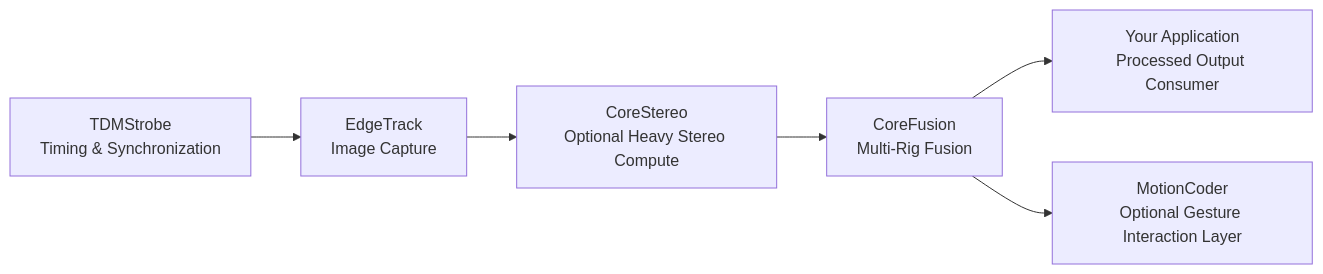
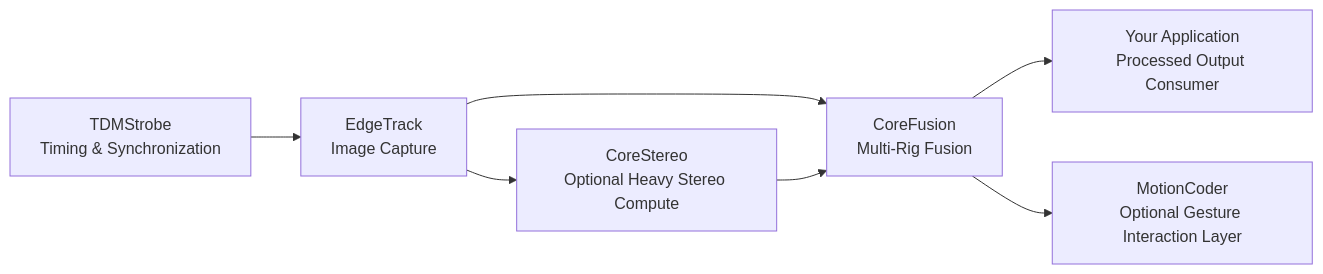
Before and after one commit to edgetrackorg/overview: the diagram in README.md, drawn with Mermaid.

````diff
--- a/README.md
+++ b/README.md
@@ -46,15 +46,16 @@
 ```mermaid
 flowchart LR
     A[TDMStrobe<br/>Timing & Synchronization]
     B[EdgeTrack<br/>Image Capture]
     C[CoreStereo<br/>Optional Heavy Stereo Compute]
     D[CoreFusion<br/>Multi-Rig Fusion]
     E[Your Application<br/>Processed Output Consumer]
     F[MotionCoder<br/>Optional Gesture Interaction Layer]
 
     A --> B
+    B --> D
     B --> C
     C --> D
     D --> E
     D --> F
 ```
````
